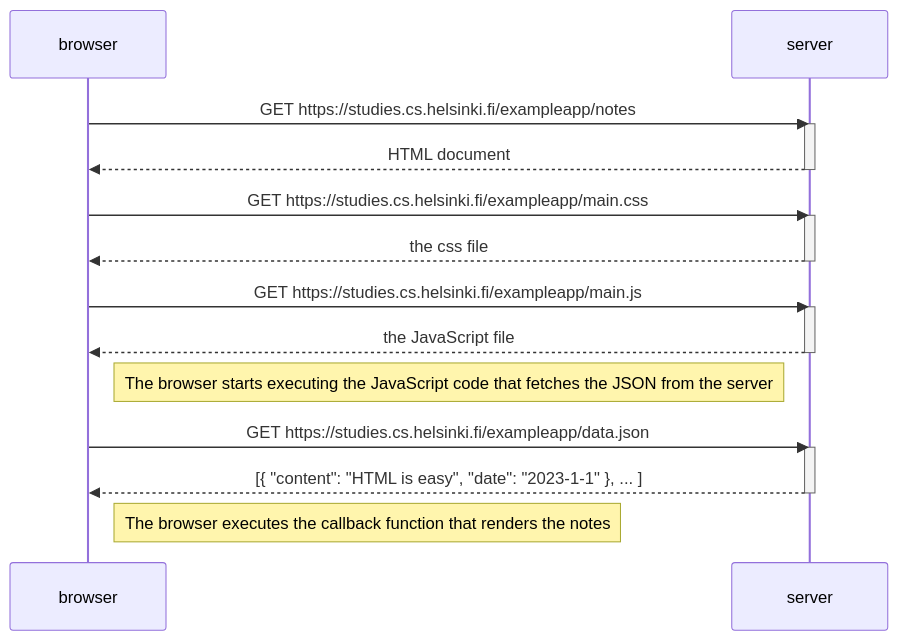
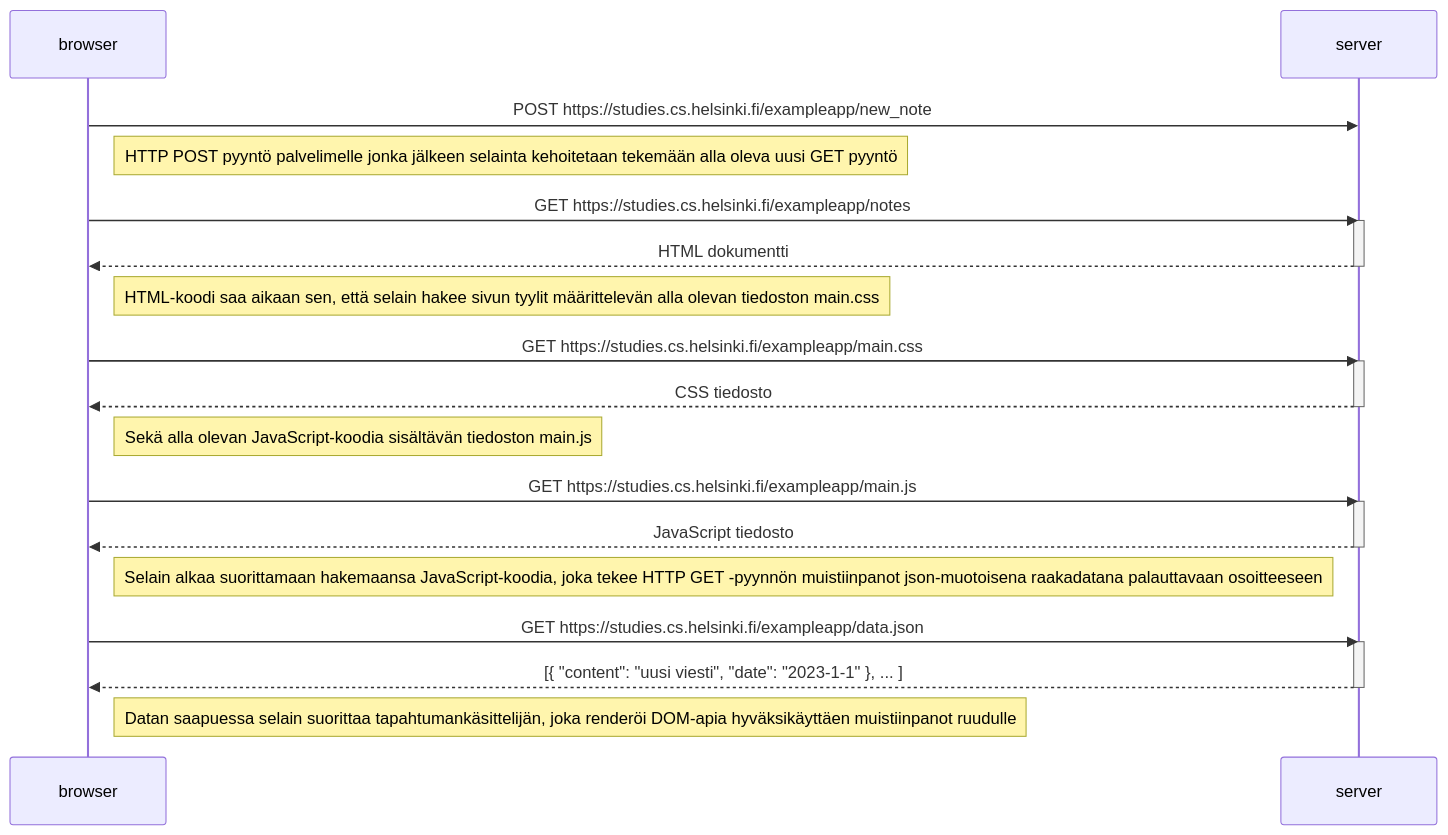
Before and after one commit to JoonasKemppainen/full-stack-open: the diagram in osa0/osa0_4.md, drawn with Mermaid.

Commit message:
viilausta

````diff
--- a/osa0/osa0_4.md
+++ b/osa0/osa0_4.md
@@ -1,29 +1,37 @@
 ```mermaid
 sequenceDiagram
     participant browser
     participant server
     
+    browser->>server: POST https://studies.cs.helsinki.fi/exampleapp/new_note
+
+    Note right of browser: HTTP POST pyyntö palvelimelle jonka jälkeen selainta kehoitetaan tekemään alla oleva uusi GET pyyntö
+
     browser->>server: GET https://studies.cs.helsinki.fi/exampleapp/notes
     activate server
-    server-->>browser: HTML document
+    server-->>browser: HTML dokumentti
     deactivate server
+
+    Note right of browser: HTML-koodi saa aikaan sen, että selain hakee sivun tyylit määrittelevän alla olevan tiedoston main.css
     
     browser->>server: GET https://studies.cs.helsinki.fi/exampleapp/main.css
     activate server
-    server-->>browser: the css file
+    server-->>browser: CSS tiedosto
     deactivate server
+
+    Note right of browser: Sekä alla olevan JavaScript-koodia sisältävän tiedoston main.js
     
     browser->>server: GET https://studies.cs.helsinki.fi/exampleapp/main.js
     activate server
-    server-->>browser: the JavaScript file
+    server-->>browser: JavaScript tiedosto
     deactivate server
     
-    Note right of browser: The browser starts executing the JavaScript code that fetches the JSON from the server
+    Note right of browser: Selain alkaa suorittamaan hakemaansa JavaScript-koodia, joka tekee HTTP GET -pyynnön muistiinpanot json-muotoisena raakadatana palauttavaan osoitteeseen
     
     browser->>server: GET https://studies.cs.helsinki.fi/exampleapp/data.json
     activate server
-    server-->>browser: [{ "content": "HTML is easy", "date": "2023-1-1" }, ... ]
+    server-->>browser: [{ "content": "uusi viesti", "date": "2023-1-1" }, ... ]
     deactivate server    
 
-    Note right of browser: The browser executes the callback function that renders the notes
+    Note right of browser: Datan saapuessa selain suorittaa tapahtumankäsittelijän, joka renderöi DOM-apia hyväksikäyttäen muistiinpanot ruudulle
 ```
````
